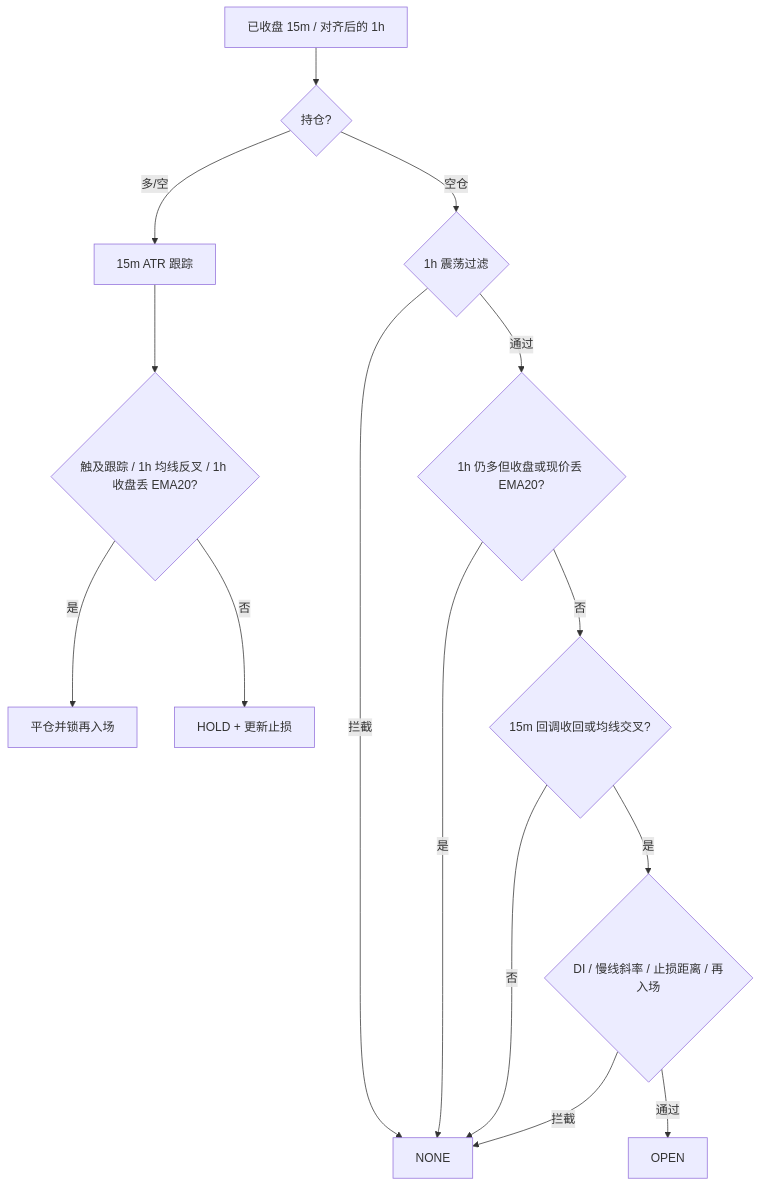
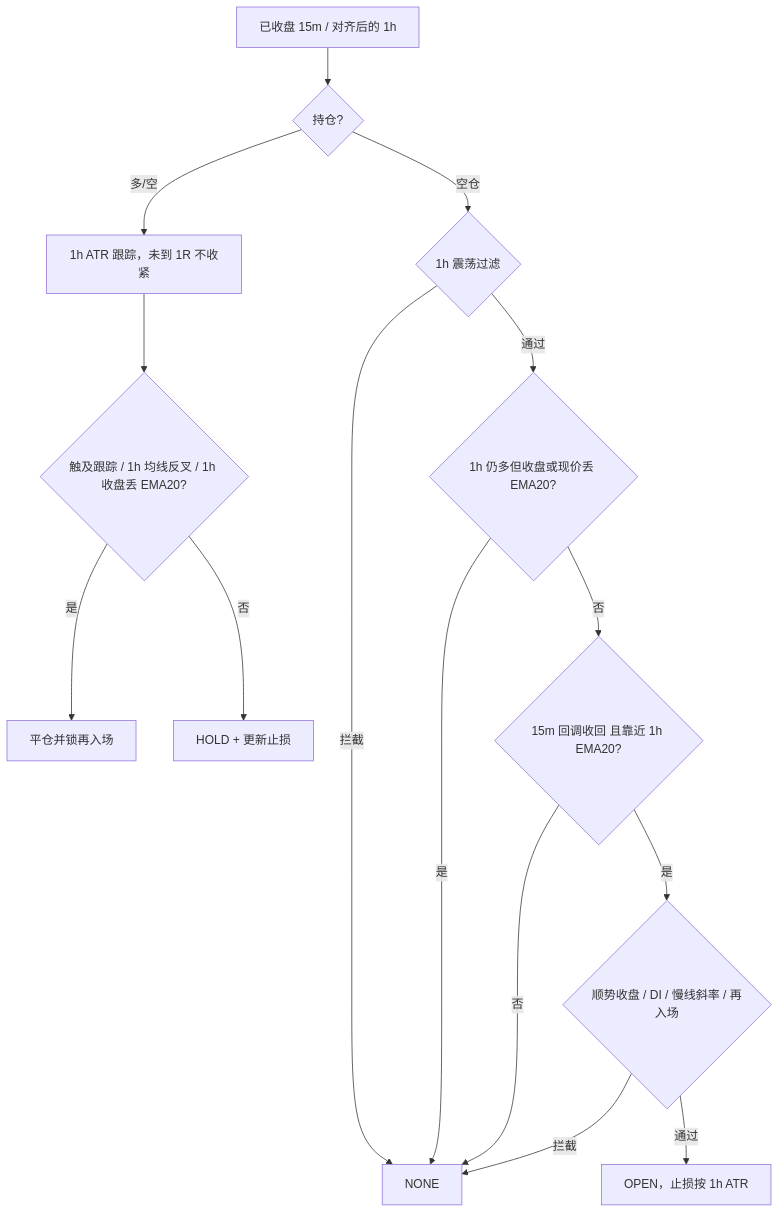
The diagram in docs/strategy.md (heigelove/bit), drawn with Mermaid before and after one commit. The commit also changed other lines of this file and 6 other files, not shown here.

````diff
--- a/docs/strategy.md
+++ b/docs/strategy.md
@@ -98,17 +101,17 @@
 ```mermaid
 flowchart TD
   A[已收盘 15m / 对齐后的 1h] --> B{持仓?}
-  B -->|多/空| C[15m ATR 跟踪]
+  B -->|多/空| C[1h ATR 跟踪，未到 1R 不收紧]
   C --> D{触及跟踪 / 1h 均线反叉 / 1h 收盘丢 EMA20?}
   D -->|是| E[平仓并锁再入场]
   D -->|否| F[HOLD + 更新止损]
   B -->|空仓| G{1h 震荡过滤}
   G -->|拦截| H[NONE]
   G -->|通过| I{1h 仍多但收盘或现价丢 EMA20?}
   I -->|是| H
-  I -->|否| J{15m 回调收回或均线交叉?}
+  I -->|否| J{15m 回调收回 且靠近 1h EMA20?}
   J -->|否| H
-  J -->|是| K{DI / 慢线斜率 / 止损距离 / 再入场}
+  J -->|是| K{顺势收盘 / DI / 慢线斜率 / 再入场}
   K -->|拦截| H
-  K -->|通过| L[OPEN]
+  K -->|通过| L[OPEN，止损按 1h ATR]
 ```
````
